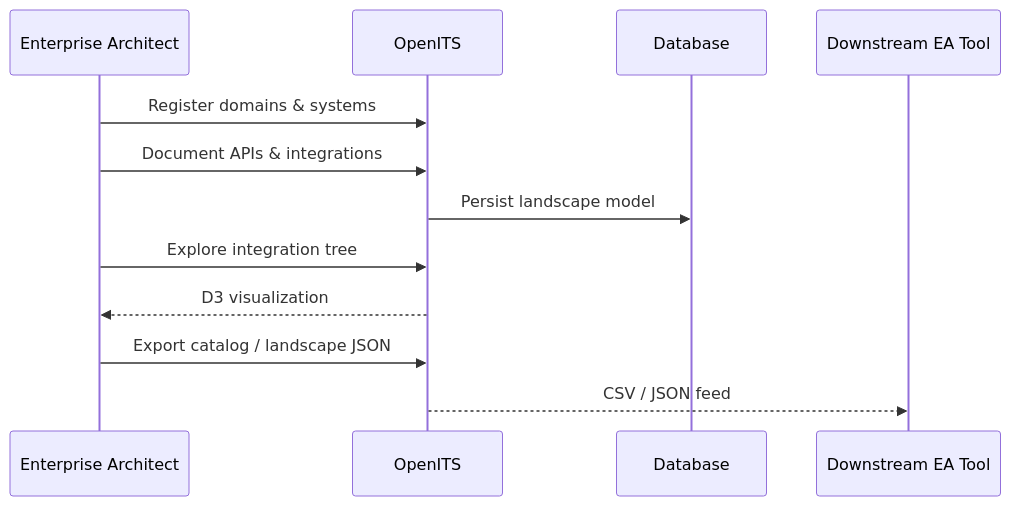
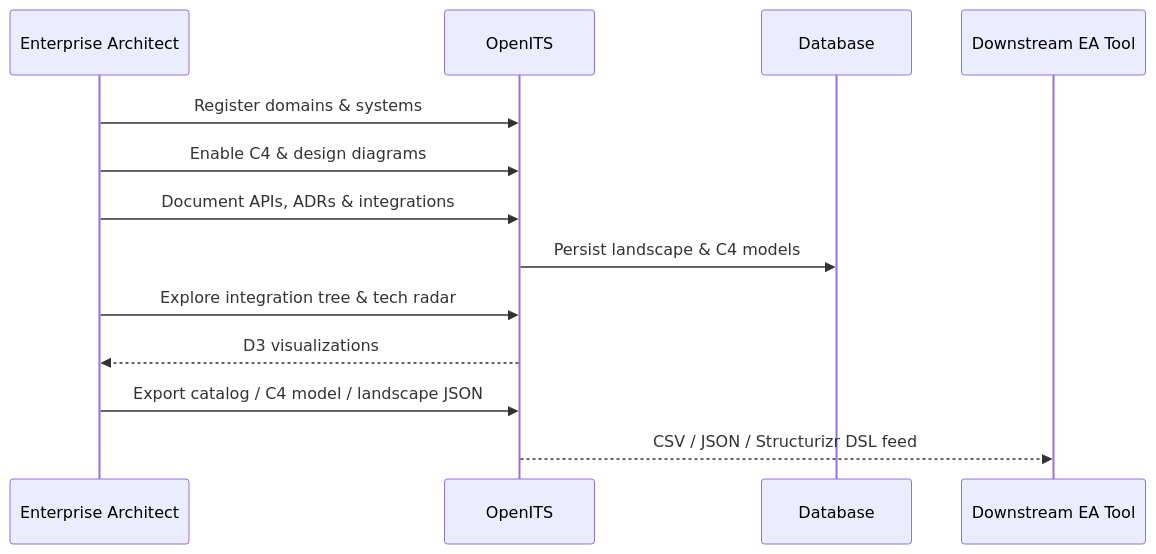
One commit to imRezaAlie/openits changed the fifth of 9 diagrams in README.md. Above: the diagram before and after it, drawn with Mermaid. The commit also changed other lines of this file, not shown here.

````diff
--- a/README.md
+++ b/README.md
@@ -247,15 +616,16 @@
 ```mermaid
 sequenceDiagram
     participant EA as Enterprise Architect
     participant OI as OpenITS
     participant DB as Database
     participant EA2 as Downstream EA Tool
 
     EA->>OI: Register domains & systems
-    EA->>OI: Document APIs & integrations
-    OI->>DB: Persist landscape model
-    EA->>OI: Explore integration tree
-    OI-->>EA: D3 visualization
-    EA->>OI: Export catalog / landscape JSON
-    OI-->>EA2: CSV / JSON feed
+    EA->>OI: Enable C4 & design diagrams
+    EA->>OI: Document APIs, ADRs & integrations
+    OI->>DB: Persist landscape & C4 models
+    EA->>OI: Explore integration tree & tech radar
+    OI-->>EA: D3 visualizations
+    EA->>OI: Export catalog / C4 model / landscape JSON
+    OI-->>EA2: CSV / JSON / Structurizr DSL feed
 ```
````
